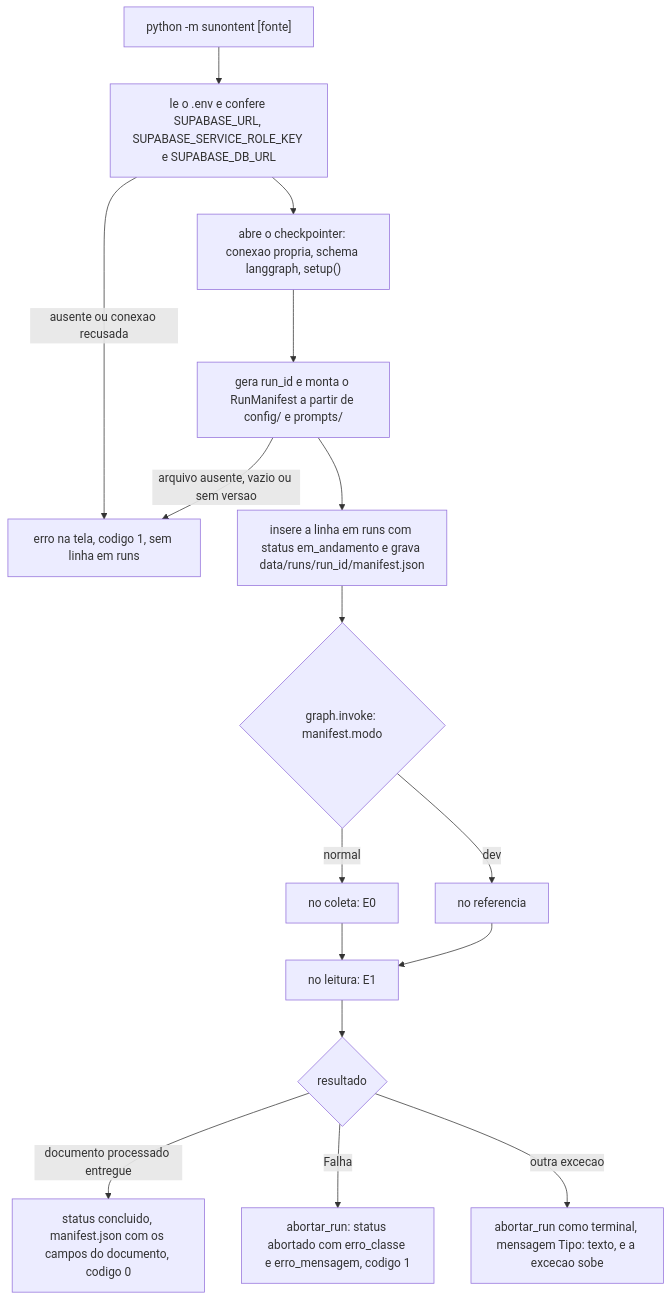
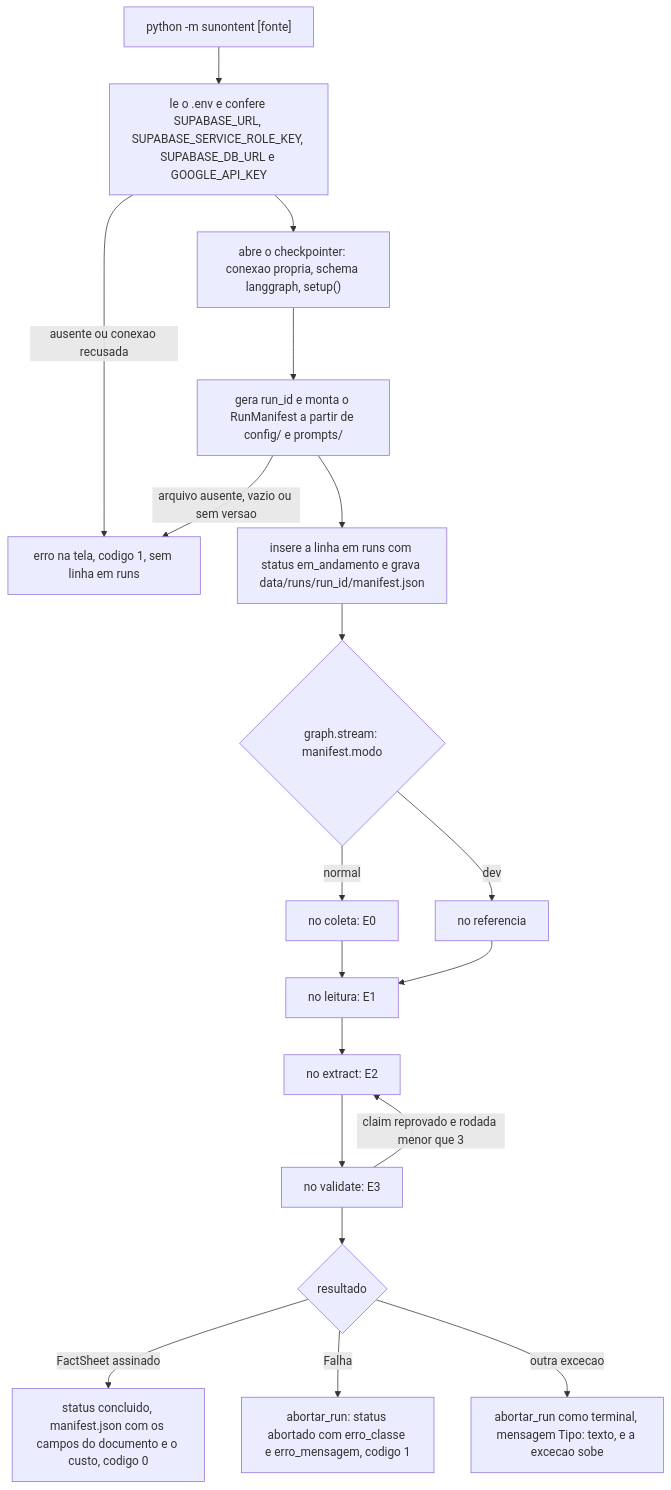
The diagram in docs/fluxos/execucao.md (lcordeirokopke/Sunointent), drawn with Mermaid before and after one commit. The commit also changed other lines of this file and 23 other files, not shown here.

````diff
--- a/docs/fluxos/execucao.md
+++ b/docs/fluxos/execucao.md
@@ -18,18 +19,21 @@
 ```mermaid
 flowchart TD
-    CLI["python -m sunontent [fonte]"] --> ENV["le o .env e confere SUPABASE_URL, SUPABASE_SERVICE_ROLE_KEY e SUPABASE_DB_URL"]
+    CLI["python -m sunontent [fonte]"] --> ENV["le o .env e confere SUPABASE_URL, SUPABASE_SERVICE_ROLE_KEY, SUPABASE_DB_URL e GOOGLE_API_KEY"]
     ENV -->|"ausente ou conexao recusada"| PARA["erro na tela, codigo 1, sem linha em runs"]
     ENV --> CK["abre o checkpointer: conexao propria, schema langgraph, setup()"]
     CK --> MAN["gera run_id e monta o RunManifest a partir de config/ e prompts/"]
     MAN -->|"arquivo ausente, vazio ou sem versao"| PARA
     MAN --> RUN["insere a linha em runs com status em_andamento e grava data/runs/run_id/manifest.json"]
-    RUN --> G{"graph.invoke: manifest.modo"}
+    RUN --> G{"graph.stream: manifest.modo"}
     G -->|"normal"| E0["no coleta: E0"]
     G -->|"dev"| REF["no referencia"]
     E0 --> E1["no leitura: E1"]
     REF --> E1
-    E1 --> FIM{"resultado"}
-    FIM -->|"documento processado entregue"| OK["status concluido, manifest.json com os campos do documento, codigo 0"]
+    E1 --> E2["no extract: E2"]
+    E2 --> E3["no validate: E3"]
+    E3 -->|"claim reprovado e rodada menor que 3"| E2
+    E3 --> FIM{"resultado"}
+    FIM -->|"FactSheet assinado"| OK["status concluido, manifest.json com os campos do documento e o custo, codigo 0"]
     FIM -->|"Falha"| AB["abortar_run: status abortado com erro_classe e erro_mensagem, codigo 1"]
     FIM -->|"outra excecao"| AB2["abortar_run como terminal, mensagem Tipo: texto, e a excecao sobe"]
 ```
````
